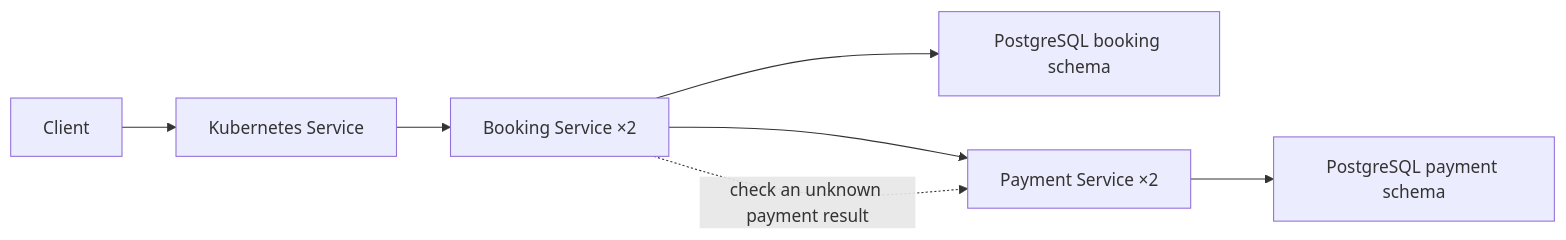
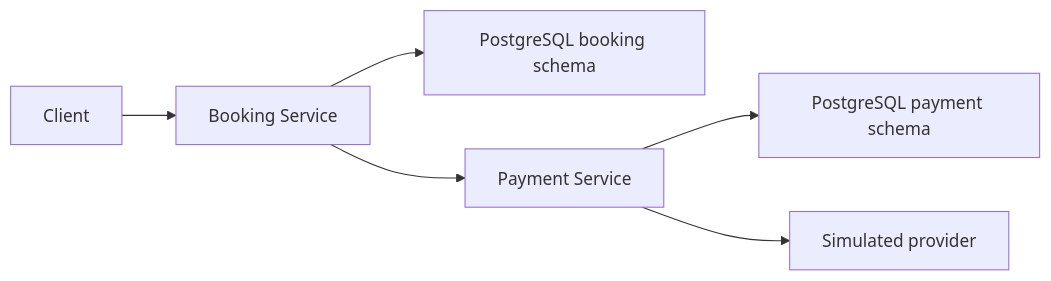
One commit to elenayonkova/eventim-booking-engine changed the first of 3 diagrams in README.md. Above: the diagram before and after it, drawn with Mermaid. The commit also changed other lines of this file and 36 other files, not shown here.

````diff
--- a/README.md
+++ b/README.md
@@ -30,9 +19,8 @@
 ```mermaid
 flowchart LR
-  Client["Client"] --> K8s["Kubernetes Service"]
-  K8s --> Booking["Booking Service ×2"]
+  Client --> Booking["Booking Service"]
   Booking --> BookingDb["PostgreSQL booking schema"]
-  Booking --> Payment["Payment Service ×2"]
+  Booking --> Payment["Payment Service"]
   Payment --> PaymentDb["PostgreSQL payment schema"]
-  Booking -. "check an unknown payment result" .-> Payment
+  Payment --> Provider["Simulated provider"]
 ```
````
